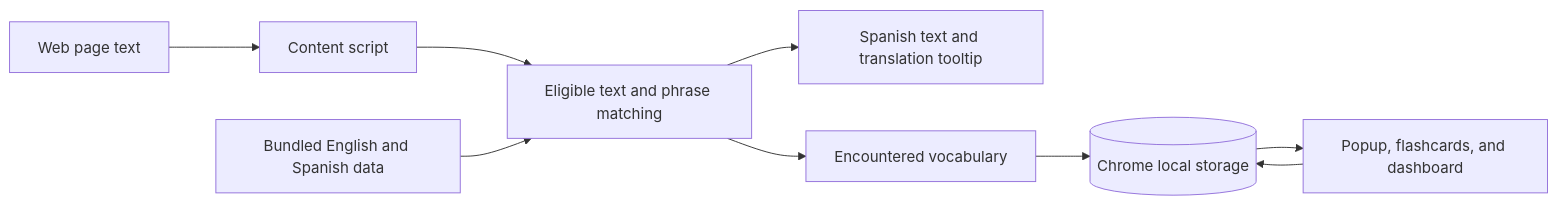
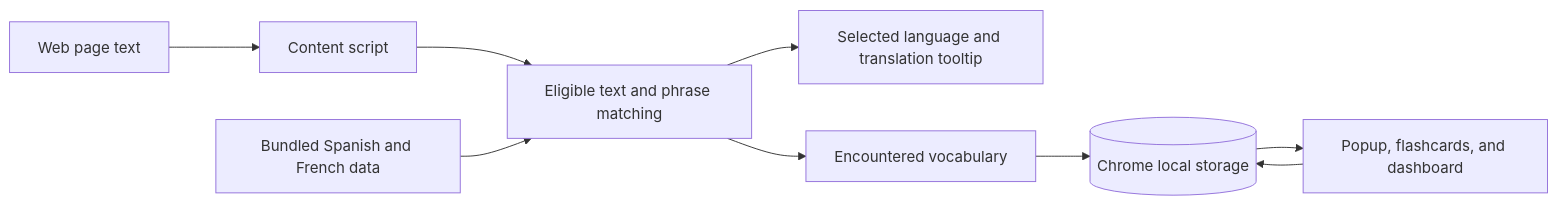
Before and after one commit to ayomel/LinguaPop: the diagram in README.md, drawn with Mermaid. The commit also changed other lines of this file and 28 other files, not shown here.

Commit message:
feat: add English to French practice (#60)

````diff
--- a/README.md
+++ b/README.md
@@ -22,11 +22,11 @@
 ```mermaid
 flowchart LR
     Page[Web page text] --> Content[Content script]
     Content --> Match[Eligible text and phrase matching]
-    Data[Bundled English and Spanish data] --> Match
-    Match --> PageResult[Spanish text and translation tooltip]
+    Data[Bundled Spanish and French data] --> Match
+    Match --> PageResult[Selected language and translation tooltip]
     Match --> Encounters[Encountered vocabulary]
     Encounters --> Local[(Chrome local storage)]
     Local --> Review[Popup, flashcards, and dashboard]
     Review --> Local
 ```
````
